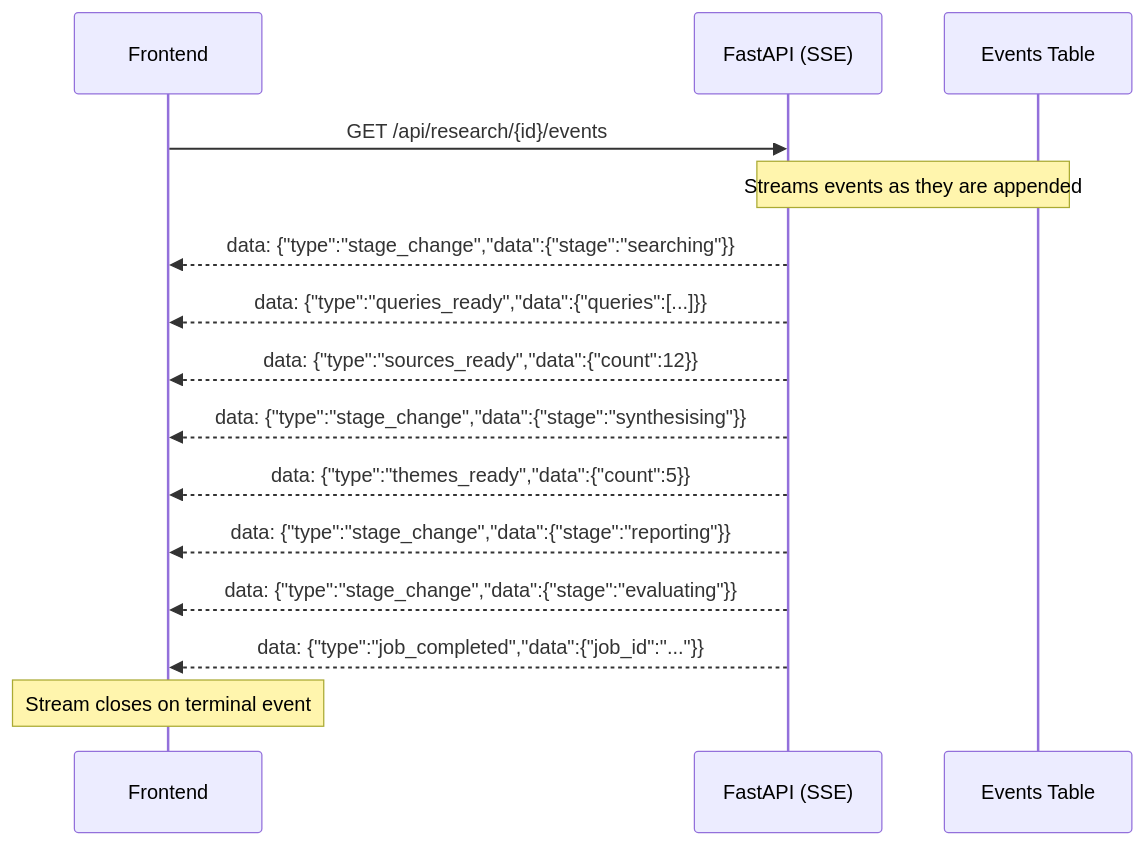
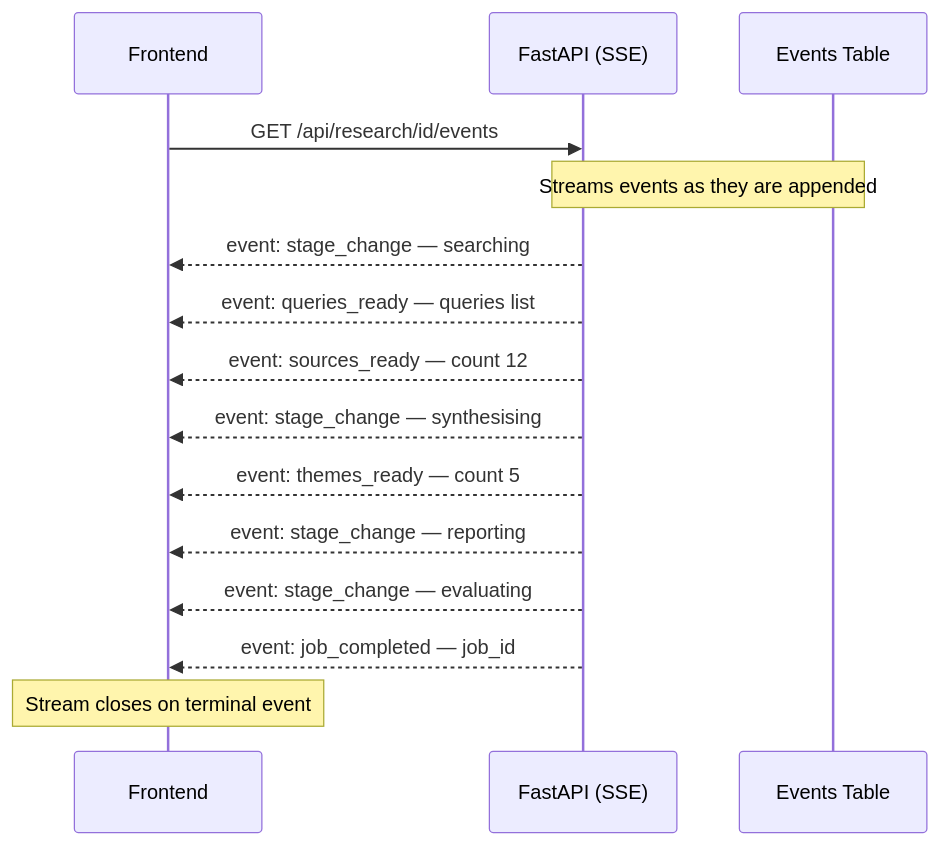
The ninth of 13 diagrams in ressources/report/report.md (jnlandu/aims-ric-dts-2026-research-agent), drawn with Mermaid before and after one commit. The commit also changed other lines of this file and 15 other files, not shown here.

````diff
--- a/ressources/report/report.md
+++ b/ressources/report/report.md
@@ -383,19 +391,19 @@
 ```mermaid
 sequenceDiagram
     participant FE as Frontend
     participant API as FastAPI (SSE)
     participant EV as Events Table
 
-    FE->>API: GET /api/research/{id}/events
+    FE->>API: GET /api/research/id/events
     Note over API,EV: Streams events as they are appended
 
-    API-->>FE: data: {"type":"stage_change","data":{"stage":"searching"}}
-    API-->>FE: data: {"type":"queries_ready","data":{"queries":[...]}}
-    API-->>FE: data: {"type":"sources_ready","data":{"count":12}}
-    API-->>FE: data: {"type":"stage_change","data":{"stage":"synthesising"}}
-    API-->>FE: data: {"type":"themes_ready","data":{"count":5}}
-    API-->>FE: data: {"type":"stage_change","data":{"stage":"reporting"}}
-    API-->>FE: data: {"type":"stage_change","data":{"stage":"evaluating"}}
-    API-->>FE: data: {"type":"job_completed","data":{"job_id":"..."}}
+    API-->>FE: event: stage_change — searching
+    API-->>FE: event: queries_ready — queries list
+    API-->>FE: event: sources_ready — count 12
+    API-->>FE: event: stage_change — synthesising
+    API-->>FE: event: themes_ready — count 5
+    API-->>FE: event: stage_change — reporting
+    API-->>FE: event: stage_change — evaluating
+    API-->>FE: event: job_completed — job_id
     Note over FE: Stream closes on terminal event
 ```
````
